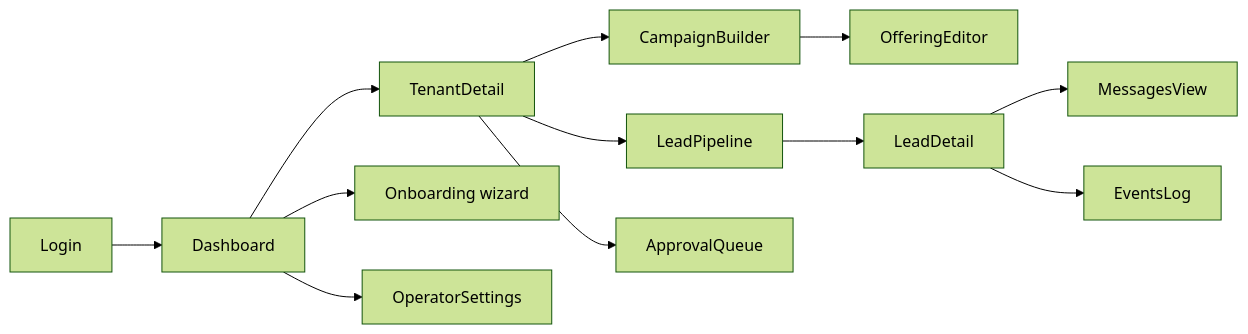
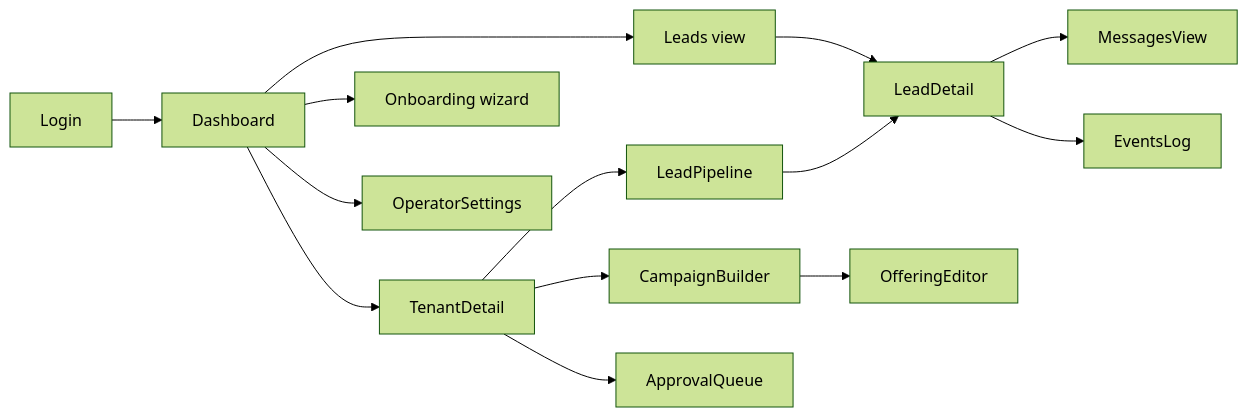
One commit to smallTechOrg/sales-agent changed the first of 3 diagrams in spec/product/11-ui-dashboard.md. Above: the diagram before and after it, drawn with Mermaid (forest theme). The commit also changed other lines of this file, not shown here.

First line of the commit message:
spec: enhance UI dashboard with leads navigation, detailed tables, and gated progress

````diff
--- a/spec/product/11-ui-dashboard.md
+++ b/spec/product/11-ui-dashboard.md
@@ -76,14 +77,16 @@
 ```mermaid
 flowchart LR
     Login --> Dashboard
     Dashboard --> TenantDetail
+    Dashboard --> LeadsGlobal["Leads view"]
     Dashboard --> NewTenant["Onboarding wizard"]
     TenantDetail --> CampaignBuilder
     TenantDetail --> LeadPipeline
     TenantDetail --> ApprovalQueue
+    LeadsGlobal --> LeadDetail
+    LeadPipeline --> LeadDetail
     CampaignBuilder --> OfferingEditor
-    LeadPipeline --> LeadDetail
     LeadDetail --> MessagesView
     LeadDetail --> EventsLog
     Dashboard --> OperatorSettings
 ```
````
